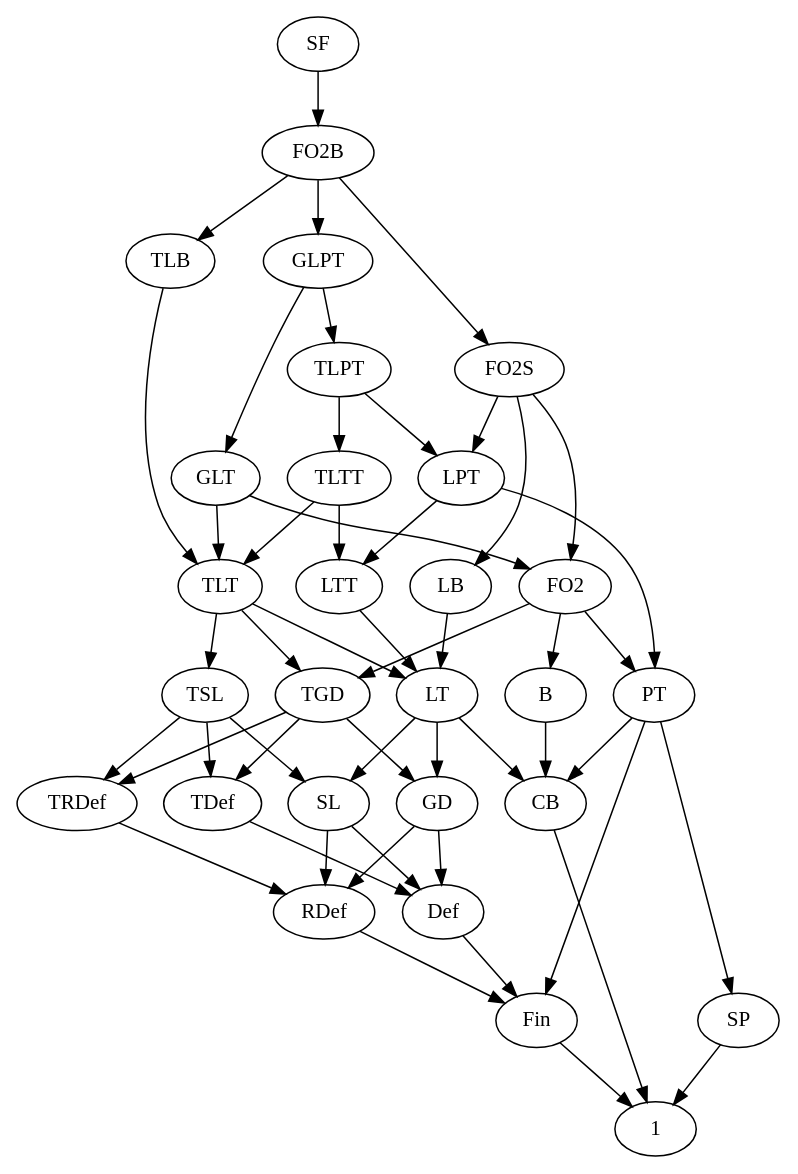
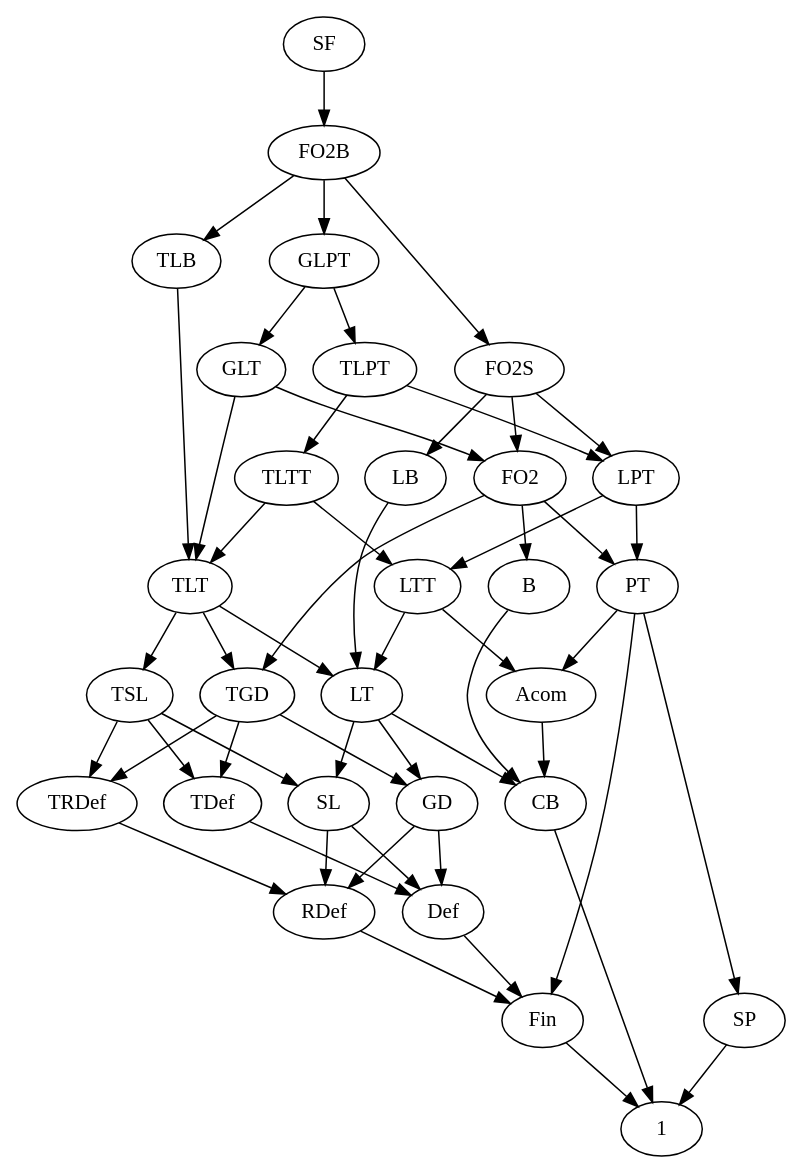
The diagram in hierarchy.dot (vvulpes0/Language-Toolkit-2), drawn with Graphviz before and after one commit. The commit also changed 10 other files, not shown here.

```diff
--- a/hierarchy.dot
+++ b/hierarchy.dot
@@ -1,53 +1,55 @@
 digraph subreg {
 SF -> FO2B;
 FO2B -> FO2S;
 FO2S -> FO2;
 FO2 -> PT;
 FO2 -> B;
 B -> CB;
 PT -> SP;
 LTT -> LT;
 LT -> SL;
 TLTT -> LTT;
 TLTT -> TLT;
 TLT -> LT;
 TLT -> TSL;
 TSL -> SL;
 FO2B -> GLPT;
 FO2B -> TLB;
 TLB -> TLT;
 GLPT -> GLT;
 GLT -> TLT;
 GLT -> FO2;
 FO2S -> LPT;
 FO2S -> LB;
 LB -> LT;
 LPT -> LTT;
 LPT -> PT;
 GLPT -> TLPT;
 TLPT -> TLTT;
 TLPT -> LPT;
 TLT -> TGD;
 FO2 -> TGD;
 LT -> GD;
 TGD -> GD;
-PT -> CB;
+PT -> Acom;
+LTT -> Acom;
+Acom -> CB;
 PT -> Fin;
 LT -> CB;
 CB -> 1;
 Fin -> 1;
 SP -> 1;
 
 TGD -> TDef;
 TGD -> TRDef;
 GD -> Def;
 GD -> RDef;
 SL -> Def;
 SL -> RDef;
 Def -> Fin;
 RDef -> Fin;
 TSL -> TDef;
 TSL -> TRDef;
 TDef -> Def;
 TRDef -> RDef;
 }
```
